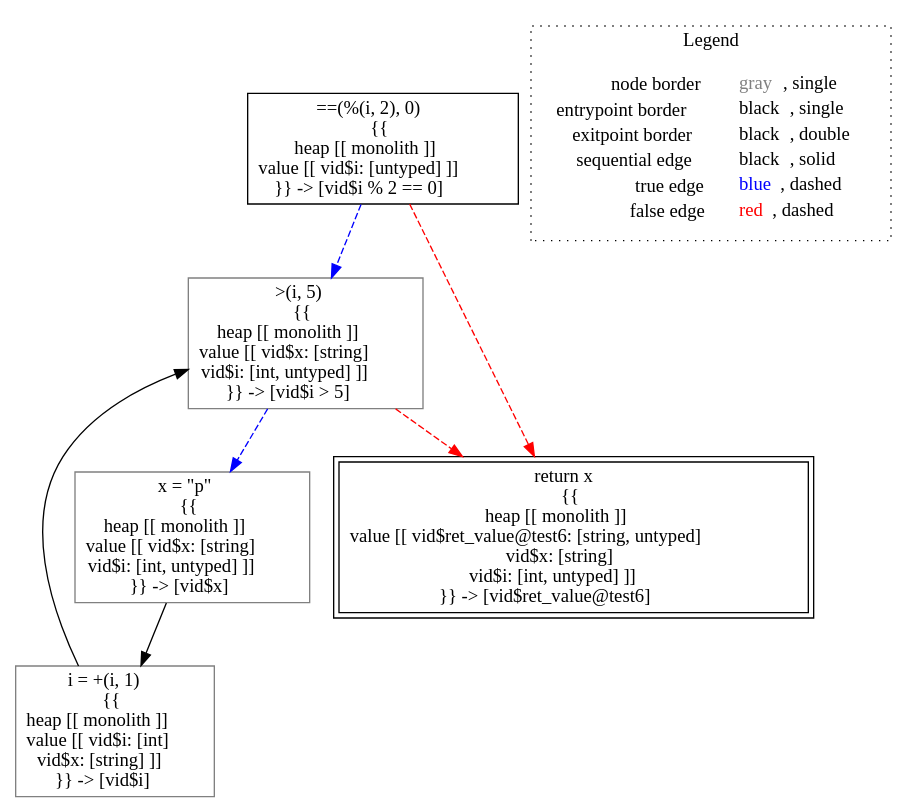
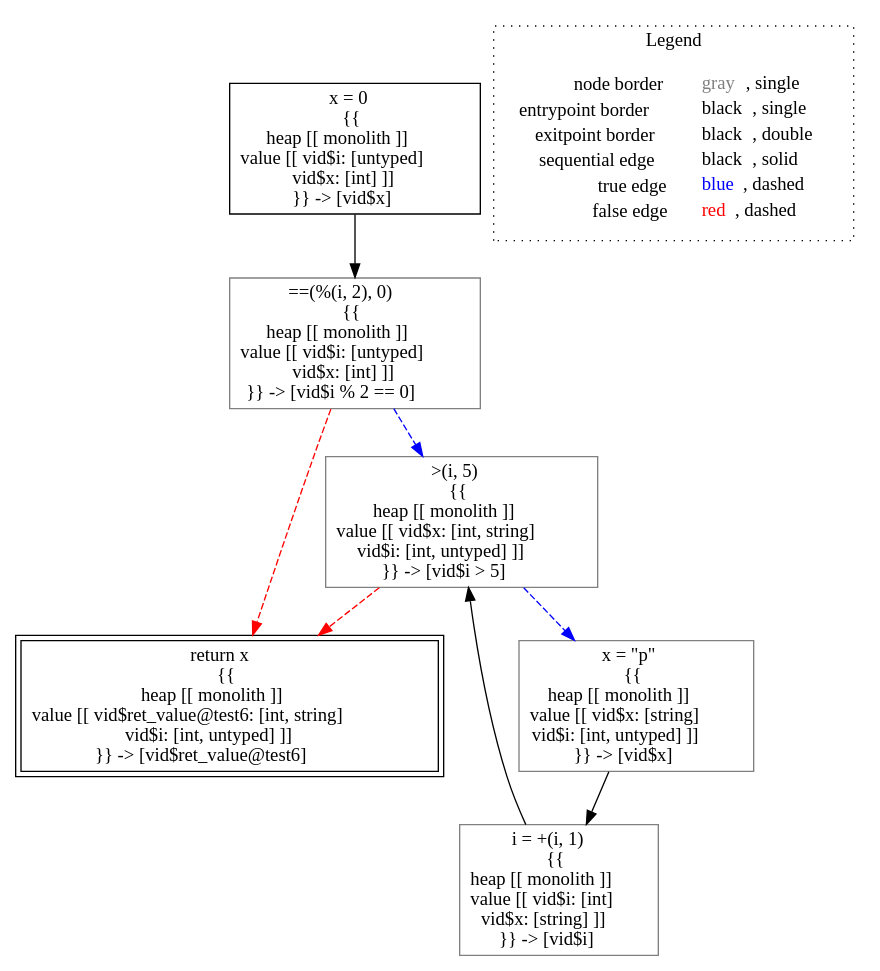
Before and after one commit to lisa-analyzer/lisa: the diagram in lisa/imp-testcases/type-inference/typing___untyped_typing.test6(untyped_i).dot, drawn with Graphviz. The commit also changed 57 other files, not shown here.

```diff
--- a/lisa/imp-testcases/type-inference/typing___untyped_typing.test6(untyped_i).dot
+++ b/lisa/imp-testcases/type-inference/typing___untyped_typing.test6(untyped_i).dot
@@ -1,20 +1,22 @@
 digraph {
-	"node0" [shape="rect",color="black",label=<==(%(i, 2), 0)<BR/>{{<BR/>heap [[ monolith ]]<BR/>value [[ vid$i: [untyped] ]]<BR/>}} -&gt; [vid$i % 2 == 0]>];
+	"node0" [shape="rect",color="black",label=<x = 0<BR/>{{<BR/>heap [[ monolith ]]<BR/>value [[ vid$i: [untyped]<BR/>vid$x: [int] ]]<BR/>}} -&gt; [vid$x]>];
 	"node1" [shape="rect",color="gray",label=<i = +(i, 1)<BR/>{{<BR/>heap [[ monolith ]]<BR/>value [[ vid$i: [int]<BR/>vid$x: [string] ]]<BR/>}} -&gt; [vid$i]>];
-	"node2" [shape="rect",color="gray",label=<x = &quot;p&quot;<BR/>{{<BR/>heap [[ monolith ]]<BR/>value [[ vid$x: [string]<BR/>vid$i: [int, untyped] ]]<BR/>}} -&gt; [vid$x]>];
-	"node3" [shape="rect",color="gray",label=<&gt;(i, 5)<BR/>{{<BR/>heap [[ monolith ]]<BR/>value [[ vid$x: [string]<BR/>vid$i: [int, untyped] ]]<BR/>}} -&gt; [vid$i &gt; 5]>];
-	"node4" [shape="rect",color="black",peripheries="2",label=<return x<BR/>{{<BR/>heap [[ monolith ]]<BR/>value [[ vid$ret_value@test6: [string, untyped]<BR/>vid$x: [string]<BR/>vid$i: [int, untyped] ]]<BR/>}} -&gt; [vid$ret_value@test6]>];
-	"node1" -> "node3" [color="black"];
-	"node2" -> "node1" [color="black"];
-	"node3" -> "node2" [color="blue",style="dashed"];
-	"node3" -> "node4" [color="red",style="dashed"];
-	"node0" -> "node3" [color="blue",style="dashed"];
-	"node0" -> "node4" [color="red",style="dashed"];
+	"node2" [shape="rect",color="black",peripheries="2",label=<return x<BR/>{{<BR/>heap [[ monolith ]]<BR/>value [[ vid$ret_value@test6: [int, string]<BR/>vid$i: [int, untyped] ]]<BR/>}} -&gt; [vid$ret_value@test6]>];
+	"node3" [shape="rect",color="gray",label=<==(%(i, 2), 0)<BR/>{{<BR/>heap [[ monolith ]]<BR/>value [[ vid$i: [untyped]<BR/>vid$x: [int] ]]<BR/>}} -&gt; [vid$i % 2 == 0]>];
+	"node4" [shape="rect",color="gray",label=<&gt;(i, 5)<BR/>{{<BR/>heap [[ monolith ]]<BR/>value [[ vid$x: [int, string]<BR/>vid$i: [int, untyped] ]]<BR/>}} -&gt; [vid$i &gt; 5]>];
+	"node5" [shape="rect",color="gray",label=<x = &quot;p&quot;<BR/>{{<BR/>heap [[ monolith ]]<BR/>value [[ vid$x: [string]<BR/>vid$i: [int, untyped] ]]<BR/>}} -&gt; [vid$x]>];
+	"node1" -> "node4" [color="black"];
+	"node0" -> "node3" [color="black"];
+	"node3" -> "node2" [color="red",style="dashed"];
+	"node3" -> "node4" [color="blue",style="dashed"];
+	"node4" -> "node2" [color="red",style="dashed"];
+	"node4" -> "node5" [color="blue",style="dashed"];
+	"node5" -> "node1" [color="black"];
 subgraph cluster_legend {
 	label="Legend";
 	style=dotted;
 	node [shape=plaintext];
 	"legend" [label=<<table border="0" cellpadding="2" cellspacing="0" cellborder="0"><tr><td align="right">node border&nbsp;</td><td align="left"><font color="gray">gray</font>, single</td></tr><tr><td align="right">entrypoint border&nbsp;</td><td align="left"><font color="black">black</font>, single</td></tr><tr><td align="right">exitpoint border&nbsp;</td><td align="left"><font color="black">black</font>, double</td></tr><tr><td align="right">sequential edge&nbsp;</td><td align="left"><font color="black">black</font>, solid</td></tr><tr><td align="right">true edge&nbsp;</td><td align="left"><font color="blue">blue</font>, dashed</td></tr><tr><td align="right">false edge&nbsp;</td><td align="left"><font color="red">red</font>, dashed</td></tr></table>>];
 }
 
 }
```
